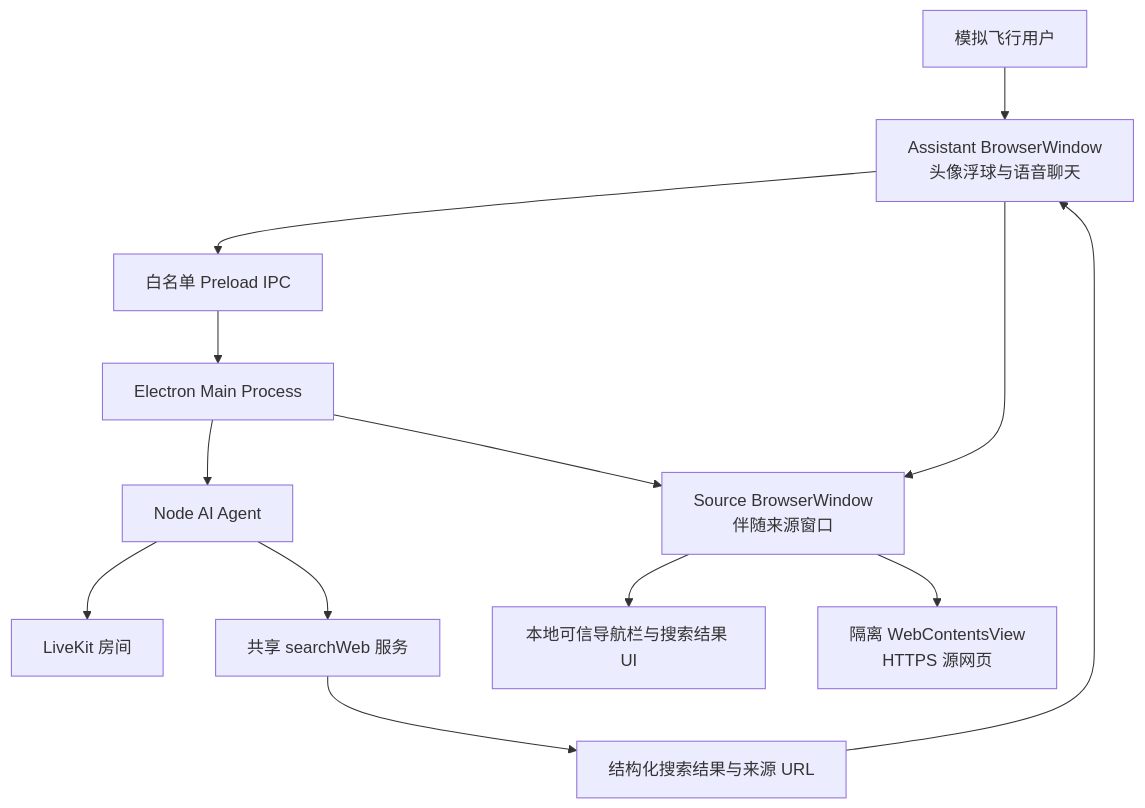
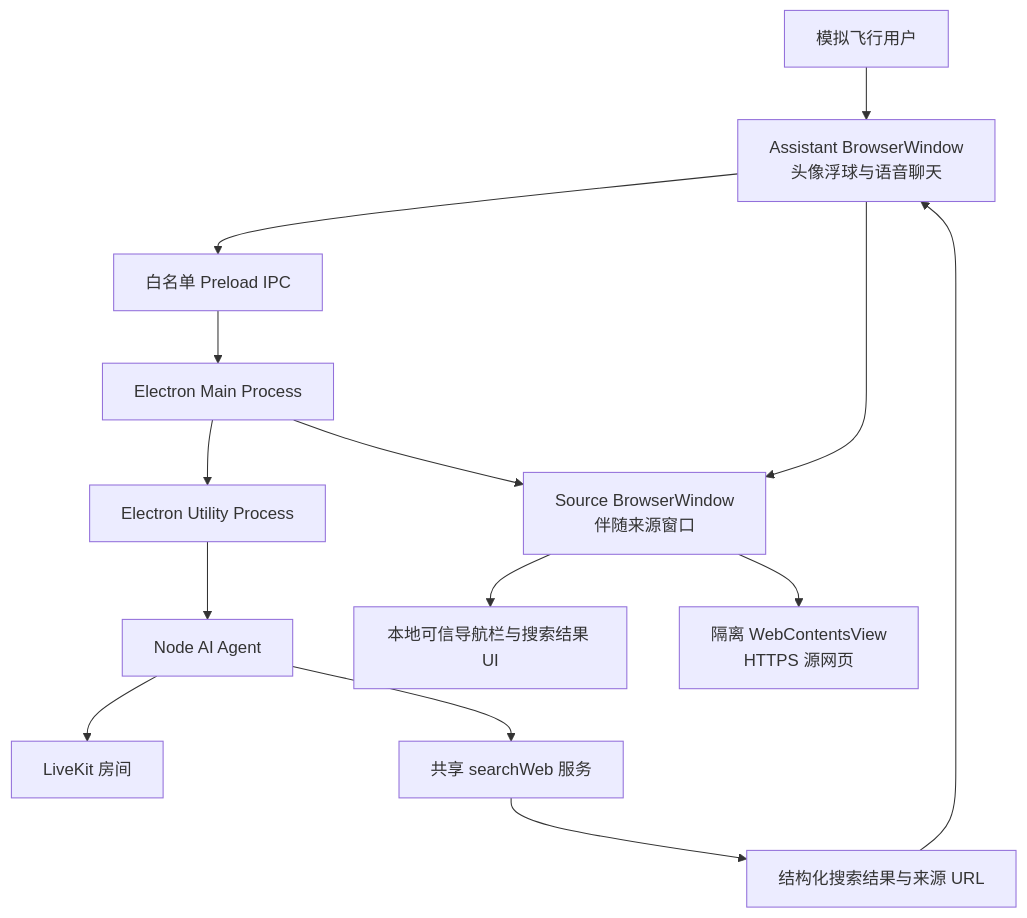
Before and after one commit to QAyong/msfs-ai-voice-guide: the fourth of 5 diagrams in docs/architecture/overview.md, drawn with Mermaid. The commit also changed other lines of this file and 34 other files, not shown here.

````diff
--- a/docs/architecture/overview.md
+++ b/docs/architecture/overview.md
@@ -79,15 +79,16 @@
 ```mermaid
 graph TD
     User[模拟飞行用户] --> Assistant[Assistant BrowserWindow<br/>头像浮球与语音聊天]
     Assistant --> Preload[白名单 Preload IPC]
     Preload --> Main[Electron Main Process]
-    Main --> Agent[Node AI Agent]
+    Main --> Worker[Electron Utility Process]
+    Worker --> Agent[Node AI Agent]
     Agent --> Room[LiveKit 房间]
     Agent --> Search[共享 searchWeb 服务]
     Search --> Results[结构化搜索结果与来源 URL]
     Results --> Assistant
     Assistant --> Source[Source BrowserWindow<br/>伴随来源窗口]
     Source --> LocalUI[本地可信导航栏与搜索结果 UI]
     Source --> Remote[隔离 WebContentsView<br/>HTTPS 源网页]
     Main --> Source
 ```
````
